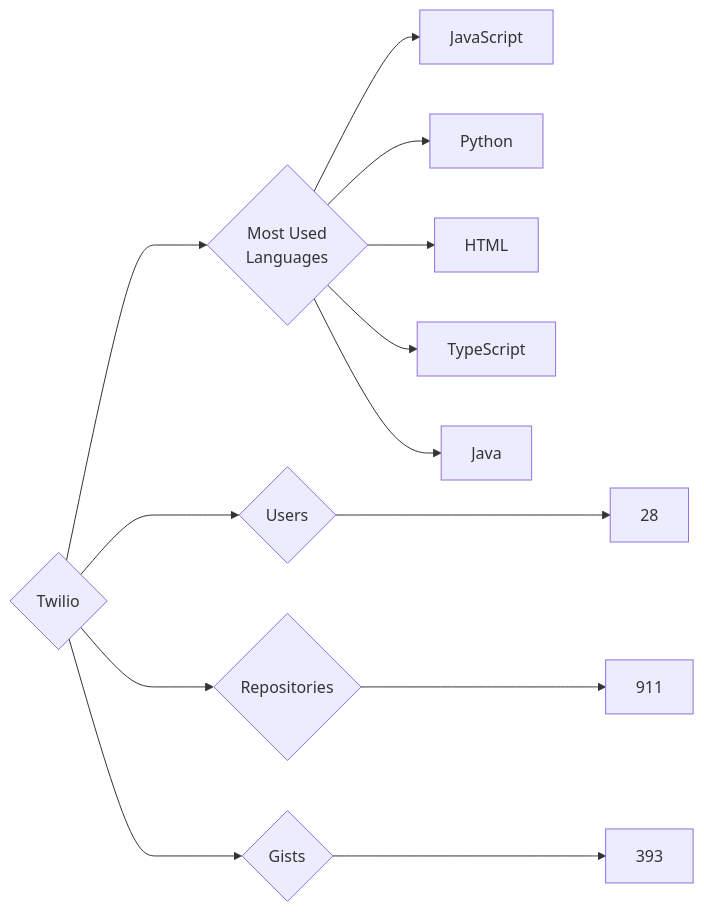
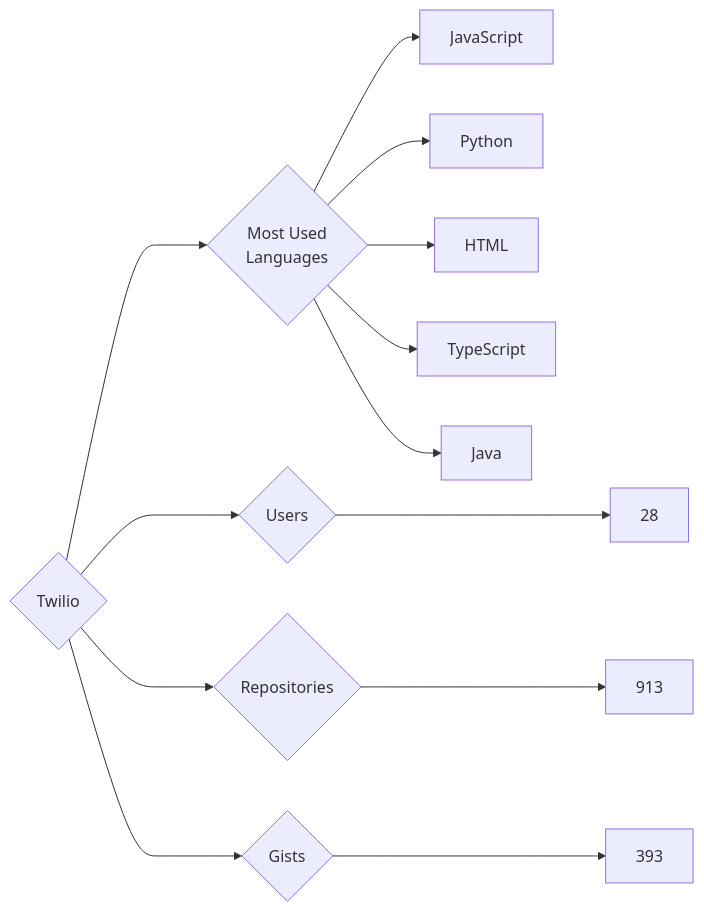
Before and after one commit to trickest/insiders: the diagram in targets/Twilio/README.md, drawn with Mermaid. The commit also changed 912 other files, not shown here.

````diff
--- a/targets/Twilio/README.md
+++ b/targets/Twilio/README.md
@@ -3,13 +3,13 @@
 ```mermaid
 graph LR
 COMPANY_NAME{Twilio}
 COMPANY_NAME ---> U{Users} ---> UN[28]
-COMPANY_NAME ---> R{Repositories} ---> RN[911]
+COMPANY_NAME ---> R{Repositories} ---> RN[913]
 COMPANY_NAME ---> G{Gists} ---> GN[393]
 COMPANY_NAME ---> ML{Most Used<br>Languages}
 ML --> JavaScript[JavaScript]
 ML --> Python[Python]
 ML --> HTML[HTML]
 ML --> TypeScript[TypeScript]
 ML --> Java[Java]
 ```
````
